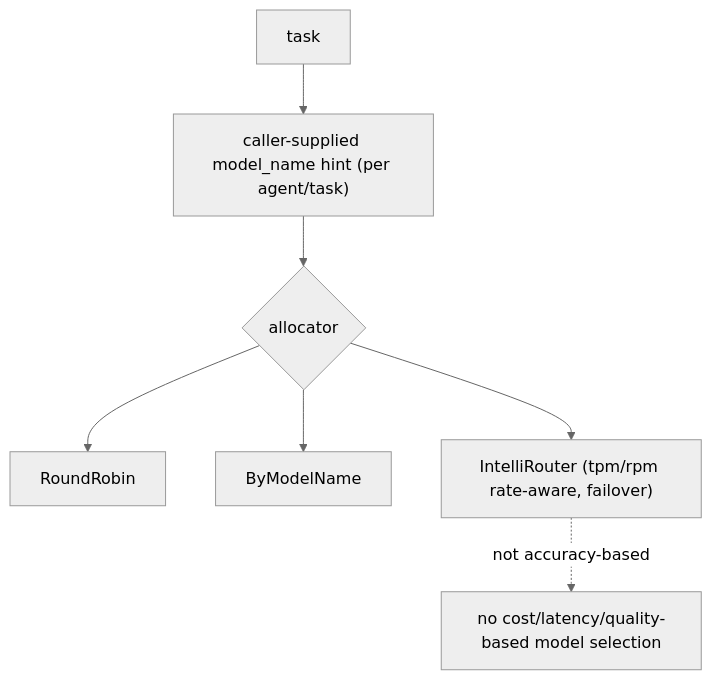
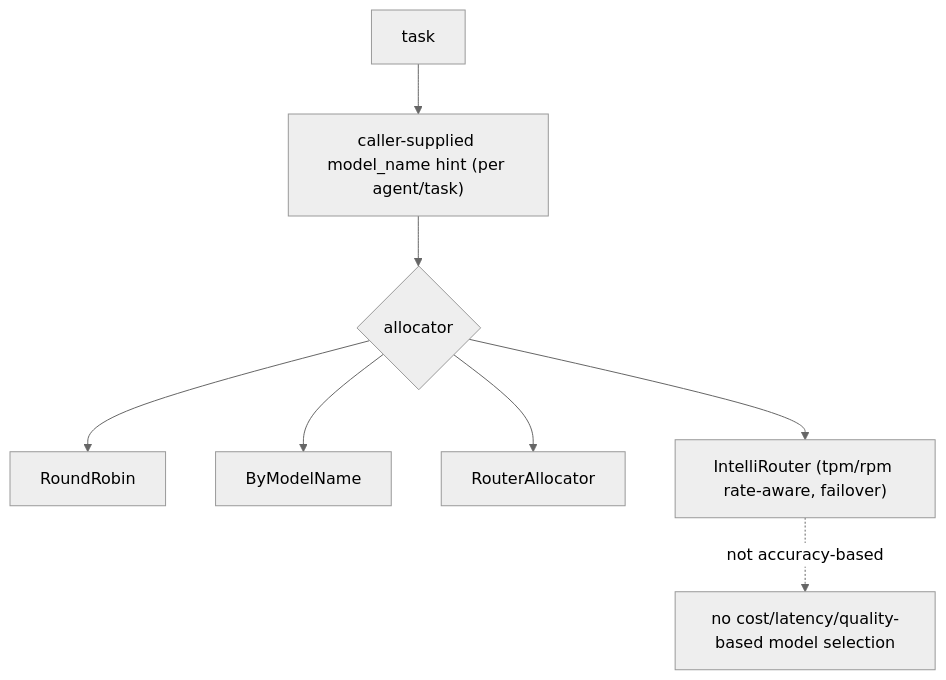
The fourth of 5 diagrams in docs-michael/interview_questions/10-general-engineering.md (michaelatamuk/openjiuwen-jiuwenswarm), drawn with Mermaid (neutral theme) before and after one commit. The commit also changed 6 other files, not shown here.

````diff
--- a/docs-michael/interview_questions/10-general-engineering.md
+++ b/docs-michael/interview_questions/10-general-engineering.md
@@ -77,9 +77,10 @@
 ```mermaid
 flowchart TD
     TASK["task"] --> HINT["caller-supplied model_name hint (per agent/task)"]
     HINT --> ALLOC{"allocator"}
     ALLOC --> RR["RoundRobin"]
     ALLOC --> BN["ByModelName"]
+    ALLOC --> RT["RouterAllocator"]
     ALLOC --> IR["IntelliRouter (tpm/rpm rate-aware, failover)"]
     IR -.->|"not accuracy-based"| X["no cost/latency/quality-based model selection"]
 ```
````
